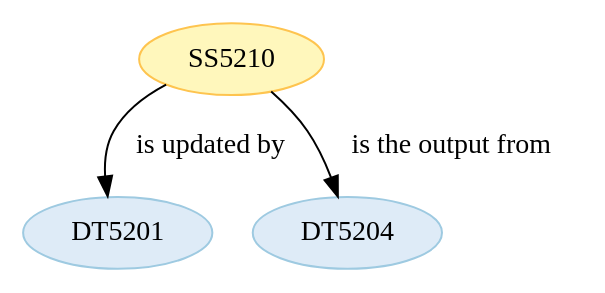
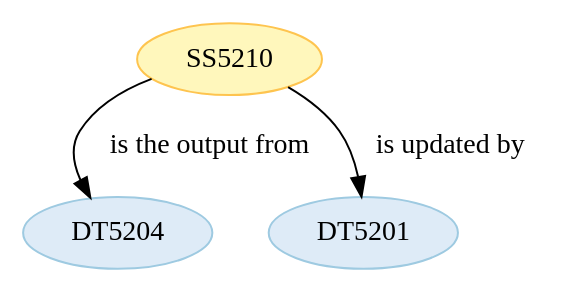
One commit to Marco-Salvi/cwl-test changed the diagram in wf5201/ST520110.dot. Above: the diagram before and after it, drawn with Graphviz. The commit also changed other lines of this file and 15 other files, not shown here.

```diff
--- a/wf5201/ST520110.dot
+++ b/wf5201/ST520110.dot
@@ -1,14 +1,14 @@
 strict digraph {
 
+
+	"DT5204" [ color="2", colorscheme="blues3", fillcolor="1", style="filled",  weight=0 ];
 
 	"SS5210" [ color="2", colorscheme="ylorbr3", fillcolor="1", style="filled",  weight=0 ];
 
 	"SS5210" -> "DT5201" [ label="is updated by", labeltooltip="DT5201 - is updated by - SS5210",  weight=0 ];
 
 	"SS5210" -> "DT5204" [ label="is the output from", labeltooltip="DT5204 - is the output from - SS5210",  weight=0 ];
 
 	"DT5201" [ color="2", colorscheme="blues3", fillcolor="1", style="filled",  weight=0 ];
 
-	"DT5204" [ color="2", colorscheme="blues3", fillcolor="1", style="filled",  weight=0 ];
-
 }
```
